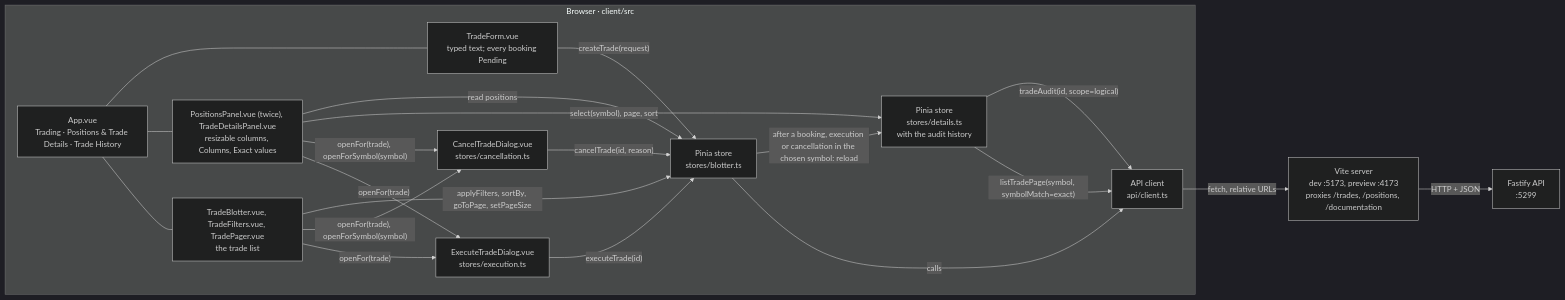
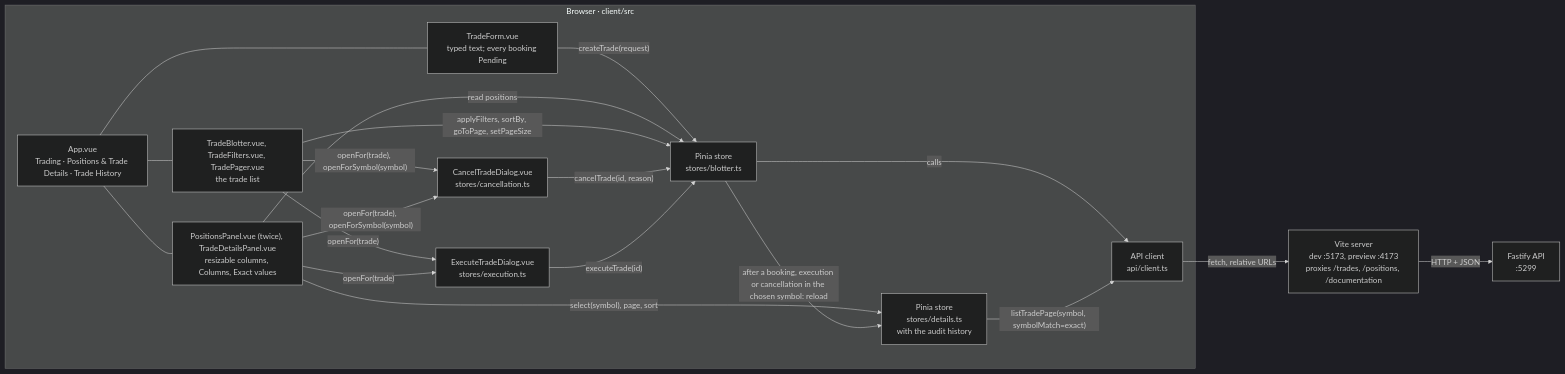
One commit to cs973112/trade-blotter-ts changed the seventh of 7 diagrams in docs/architecture.md. Above: the diagram before and after it, drawn with Mermaid (dark theme). The commit also changed other lines of this file and 38 other files, not shown here.

````diff
--- a/docs/architecture.md
+++ b/docs/architecture.md
@@ -1185,32 +1185,31 @@
 ```mermaid
 flowchart LR
     subgraph BROWSER["Browser · client/src"]
         TABS["App.vue<br/>Trading · Positions & Trade Details · Trade History"]
         FORM["TradeForm.vue<br/>typed text; every booking Pending"]
         GRIDS["PositionsPanel.vue (twice), TradeDetailsPanel.vue<br/>resizable columns, Columns, Exact values"]
         LIST["TradeBlotter.vue, TradeFilters.vue, TradePager.vue<br/>the trade list"]
         STORE["Pinia store<br/>stores/blotter.ts"]
         DETAILS["Pinia store<br/>stores/details.ts<br/>with the audit history"]
         CANCEL["CancelTradeDialog.vue<br/>stores/cancellation.ts"]
         EXECUTE["ExecuteTradeDialog.vue<br/>stores/execution.ts"]
         CLIENT["API client<br/>api/client.ts"]
     end
     VITE["Vite server<br/>dev :5173, preview :4173<br/>proxies /trades, /positions, /documentation"]
     API["Fastify API<br/>:5299"]
 
     TABS --- FORM & GRIDS & LIST
     FORM -->|"createTrade(request)"| STORE
     GRIDS -->|"read positions"| STORE
     GRIDS -->|"select(symbol), page, sort"| DETAILS
     LIST -->|"applyFilters, sortBy, goToPage, setPageSize"| STORE
     STORE -->|"after a booking, execution or cancellation in the chosen symbol: reload"| DETAILS
     LIST & GRIDS -->|"openFor(trade), openForSymbol(symbol)"| CANCEL
     CANCEL -->|"cancelTrade(id, reason)"| STORE
     LIST & GRIDS -->|"openFor(trade)"| EXECUTE
     EXECUTE -->|"executeTrade(id)"| STORE
-    DETAILS -->|"tradeAudit(id, scope=logical)"| CLIENT
     STORE -->|"calls"| CLIENT
     DETAILS -->|"listTradePage(symbol, symbolMatch=exact)"| CLIENT
     CLIENT -->|"fetch, relative URLs"| VITE
     VITE -->|"HTTP + JSON"| API
 ```
````
